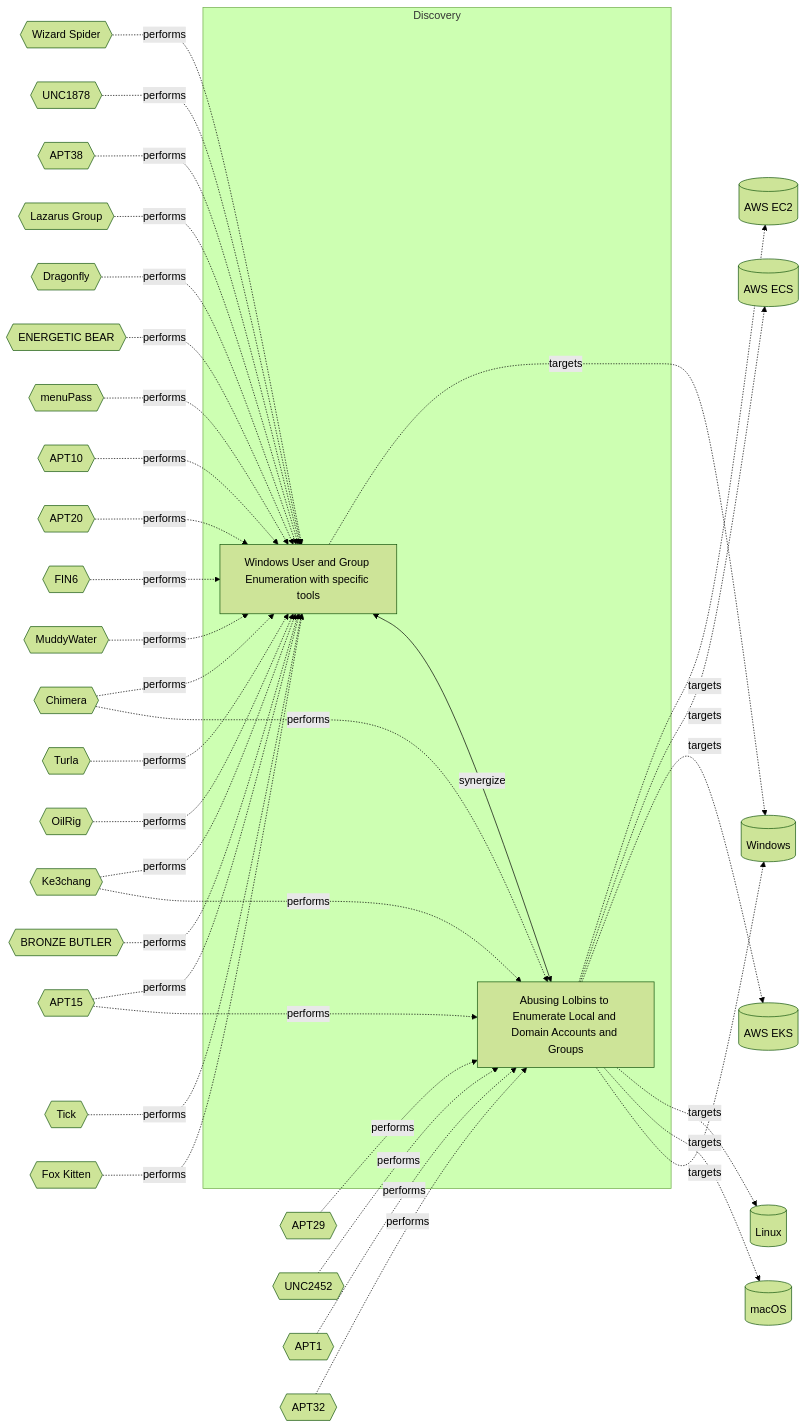
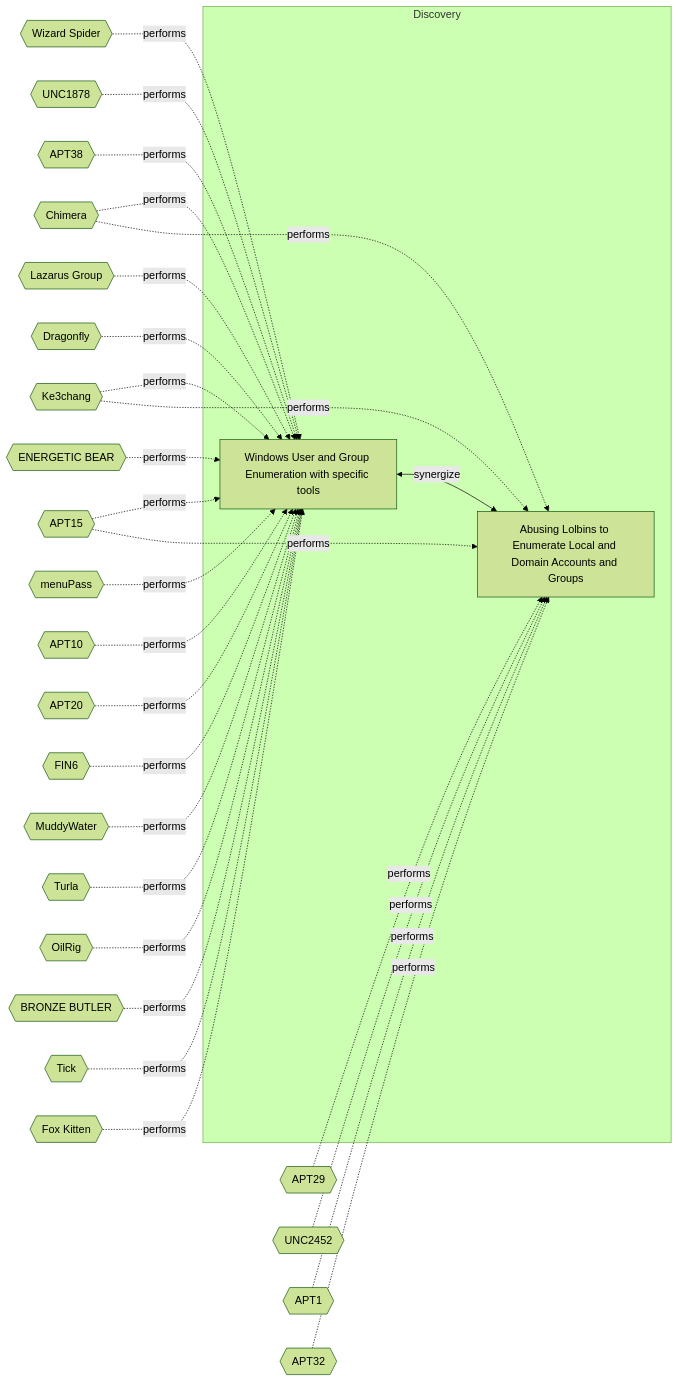
The diagram in Models/Threat Vectors/☣️ Windows User and Group Enumeration with specific tools.md (OpenTideHQ/WikiTide), drawn with Mermaid (forest theme) before and after one commit. The commit also changed other lines of this file and 232 other files, not shown here.

````diff
--- a/Models/Threat Vectors/☣️ Windows User and Group Enumeration with specific tools.md
+++ b/Models/Threat Vectors/☣️ Windows User and Group Enumeration with specific tools.md
@@ -107,79 +107,66 @@
 ```mermaid
 
 flowchart LR
 
 fe243f7f-ffc5-49c0-94e6-293ae2411ad6[Windows User and Group Enumeration with specific tools]
 3b1026c6-7d04-4b91-ba6f-abc68e993616[Abusing Lolbins to Enumerate Local and Domain Accounts and Groups]
 
 subgraph Discovery
 fe243f7f-ffc5-49c0-94e6-293ae2411ad6
 3b1026c6-7d04-4b91-ba6f-abc68e993616
 end
 
-Windows[(Windows)]
-AWSEC2[(AWS EC2)]
-AWSECS[(AWS ECS)]
-AWSEKS[(AWS EKS)]
-Linux[(Linux)]
-macOS[(macOS)]
 WizardSpider{{Wizard Spider}}
 UNC1878{{UNC1878}}
 APT38{{APT38}}
 LazarusGroup{{Lazarus Group}}
 Dragonfly{{Dragonfly}}
 ENERGETICBEAR{{ENERGETIC BEAR}}
 menuPass{{menuPass}}
 APT10{{APT10}}
 Chimera{{Chimera}}
 APT20{{APT20}}
 FIN6{{FIN6}}
 Ke3chang{{Ke3chang}}
 APT15{{APT15}}
 MuddyWater{{MuddyWater}}
 Turla{{Turla}}
 OilRig{{OilRig}}
 BRONZEBUTLER{{BRONZE BUTLER}}
 Tick{{Tick}}
 FoxKitten{{Fox Kitten}}
 APT29{{APT29}}
 UNC2452{{UNC2452}}
 APT1{{APT1}}
 APT32{{APT32}}
 
-fe243f7f-ffc5-49c0-94e6-293ae2411ad6 -.->|targets| Windows
-3b1026c6-7d04-4b91-ba6f-abc68e993616 -.->|targets| AWSEC2
-3b1026c6-7d04-4b91-ba6f-abc68e993616 -.->|targets| AWSECS
-3b1026c6-7d04-4b91-ba6f-abc68e993616 -.->|targets| AWSEKS
-3b1026c6-7d04-4b91-ba6f-abc68e993616 -.->|targets| Linux
-3b1026c6-7d04-4b91-ba6f-abc68e993616 -.->|targets| macOS
-3b1026c6-7d04-4b91-ba6f-abc68e993616 -.->|targets| Windows
 WizardSpider -.-> |performs| fe243f7f-ffc5-49c0-94e6-293ae2411ad6
 UNC1878 -.-> |performs| fe243f7f-ffc5-49c0-94e6-293ae2411ad6
 APT38 -.-> |performs| fe243f7f-ffc5-49c0-94e6-293ae2411ad6
 LazarusGroup -.-> |performs| fe243f7f-ffc5-49c0-94e6-293ae2411ad6
 Dragonfly -.-> |performs| fe243f7f-ffc5-49c0-94e6-293ae2411ad6
 ENERGETICBEAR -.-> |performs| fe243f7f-ffc5-49c0-94e6-293ae2411ad6
 menuPass -.-> |performs| fe243f7f-ffc5-49c0-94e6-293ae2411ad6
 APT10 -.-> |performs| fe243f7f-ffc5-49c0-94e6-293ae2411ad6
 Chimera -.-> |performs| fe243f7f-ffc5-49c0-94e6-293ae2411ad6
 APT20 -.-> |performs| fe243f7f-ffc5-49c0-94e6-293ae2411ad6
 FIN6 -.-> |performs| fe243f7f-ffc5-49c0-94e6-293ae2411ad6
 Ke3chang -.-> |performs| fe243f7f-ffc5-49c0-94e6-293ae2411ad6
 APT15 -.-> |performs| fe243f7f-ffc5-49c0-94e6-293ae2411ad6
 MuddyWater -.-> |performs| fe243f7f-ffc5-49c0-94e6-293ae2411ad6
 Turla -.-> |performs| fe243f7f-ffc5-49c0-94e6-293ae2411ad6
 OilRig -.-> |performs| fe243f7f-ffc5-49c0-94e6-293ae2411ad6
 BRONZEBUTLER -.-> |performs| fe243f7f-ffc5-49c0-94e6-293ae2411ad6
 Tick -.-> |performs| fe243f7f-ffc5-49c0-94e6-293ae2411ad6
 FoxKitten -.-> |performs| fe243f7f-ffc5-49c0-94e6-293ae2411ad6
 APT29 -.-> |performs| 3b1026c6-7d04-4b91-ba6f-abc68e993616
 UNC2452 -.-> |performs| 3b1026c6-7d04-4b91-ba6f-abc68e993616
 APT1 -.-> |performs| 3b1026c6-7d04-4b91-ba6f-abc68e993616
 Chimera -.-> |performs| 3b1026c6-7d04-4b91-ba6f-abc68e993616
 APT32 -.-> |performs| 3b1026c6-7d04-4b91-ba6f-abc68e993616
 Ke3chang -.-> |performs| 3b1026c6-7d04-4b91-ba6f-abc68e993616
 APT15 -.-> |performs| 3b1026c6-7d04-4b91-ba6f-abc68e993616
 
 fe243f7f-ffc5-49c0-94e6-293ae2411ad6 <-->|synergize| 3b1026c6-7d04-4b91-ba6f-abc68e993616
 
 ```
````
